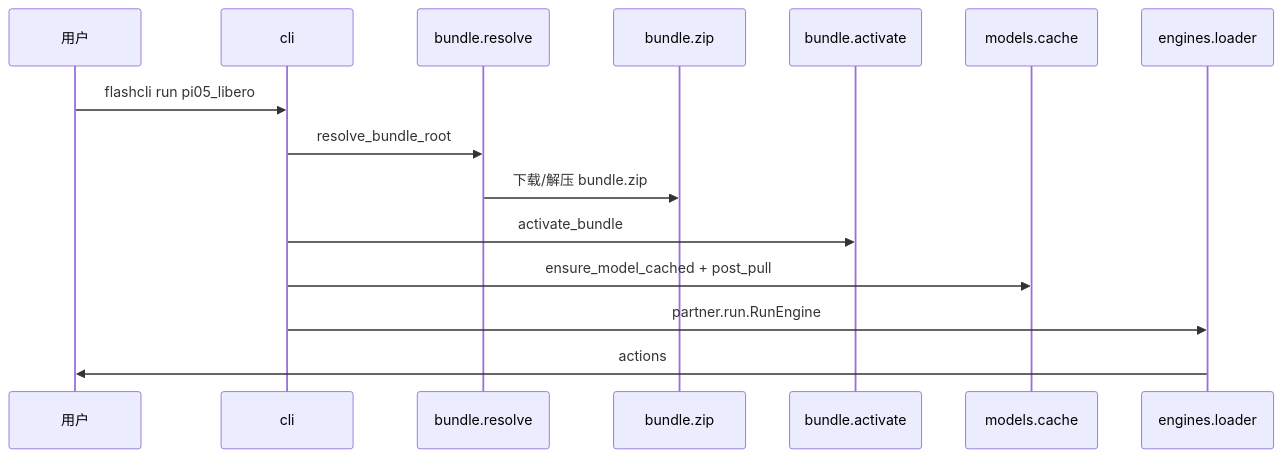
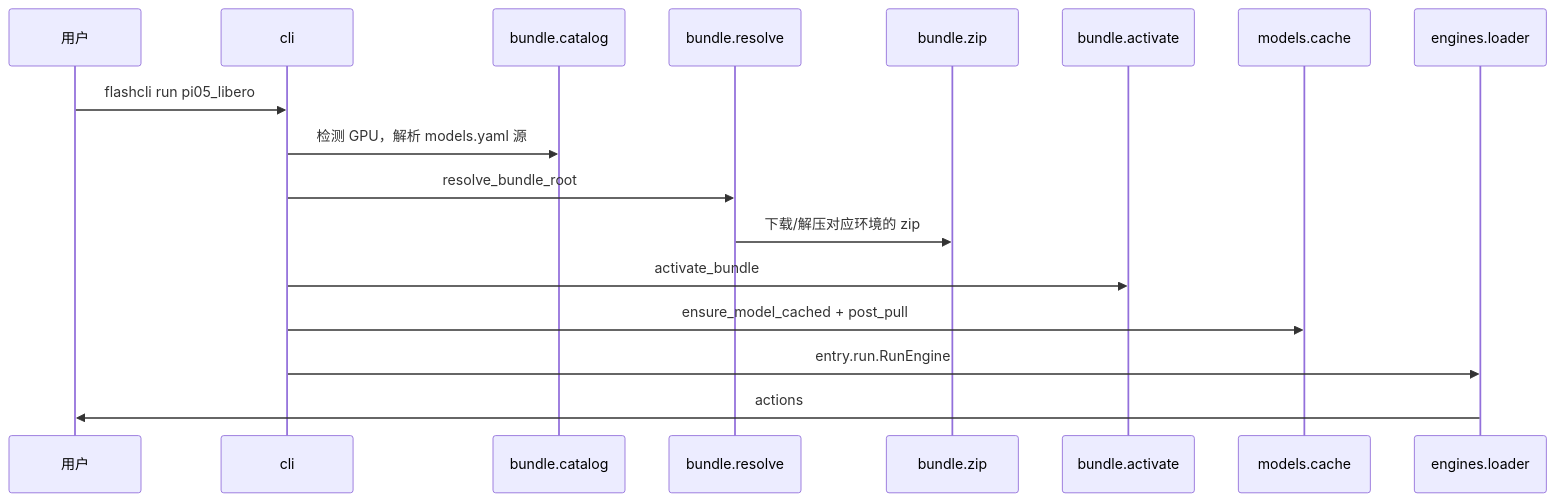
Before and after one commit to aodianyun/flashcli: the diagram in docs/architecture.zh-CN.md, drawn with Mermaid. The commit also changed other lines of this file and 27 other files, not shown here.

````diff
--- a/docs/architecture.zh-CN.md
+++ b/docs/architecture.zh-CN.md
@@ -32,18 +33,20 @@
 ```mermaid
 sequenceDiagram
   participant U as 用户
   participant CLI as cli
+  participant Cat as bundle.catalog
   participant Res as bundle.resolve
   participant Zip as bundle.zip
   participant Act as bundle.activate
   participant Cache as models.cache
   participant Ldr as engines.loader
 
   U->>CLI: flashcli run pi05_libero
+  CLI->>Cat: 检测 GPU，解析 models.yaml 源
   CLI->>Res: resolve_bundle_root
-  Res->>Zip: 下载/解压 bundle.zip
+  Res->>Zip: 下载/解压对应环境的 zip
   CLI->>Act: activate_bundle
   CLI->>Cache: ensure_model_cached + post_pull
-  CLI->>Ldr: partner.run.RunEngine
+  CLI->>Ldr: entry.run.RunEngine
   Ldr->>U: actions
 ```
````
